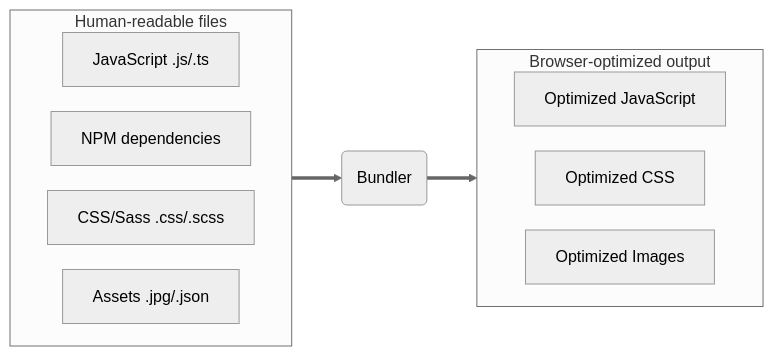
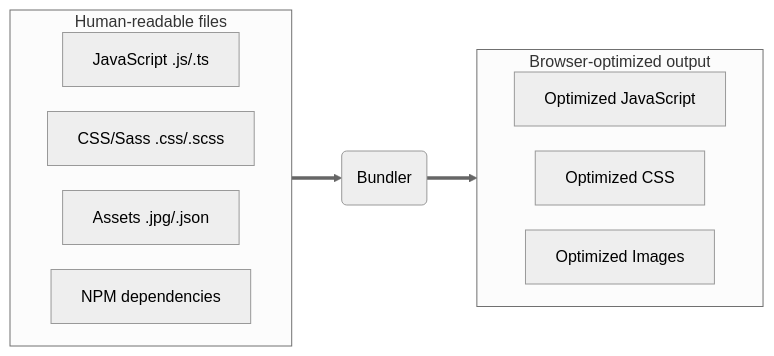
The diagram in 2026/build-tooling/slides.md (maxpatiiuk/esri-dev-summit-presentations), drawn with Mermaid (neutral theme) before and after one commit. The commit also changed other lines of this file and 1 other file, not shown here.

````diff
--- a/2026/build-tooling/slides.md
+++ b/2026/build-tooling/slides.md
@@ -43,23 +43,23 @@
 ```mermaid
 %%{init: {'flowchart': {'nodeSpacing': 25 }}}%%
 
 graph LR
   subgraph human_files["Human-readable files"]
     direction LR
     JS[JavaScript .js/.ts]
-    NPM[NPM dependencies]
     CSS[CSS/Sass .css/.scss]
     IMG[Assets .jpg/.json]
+    NPM[NPM dependencies]
   end
 
   Bundler("Bundler")
 
   subgraph optimized_output["Browser-optimized output"]
     direction LR
     O_JS[Optimized JavaScript]
     O_CSS[Optimized CSS]
     O_IMG[Optimized Images]
   end
 
   human_files ==> Bundler ==> optimized_output
 ```
````
